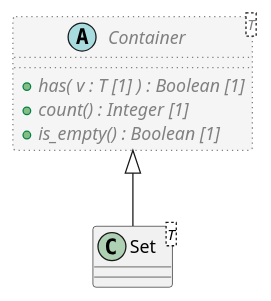
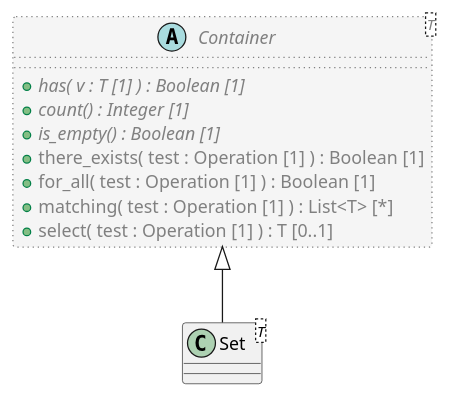
The diagram in code/Adoc/openehr_base_1.3.0/plantUML/classes/org.openehr.base.foundation_types.set.adoc (sebastian-iancu/code-generator), drawn with PlantUML before and after one commit. The commit also changed 719 other files, not shown here.

```diff
--- a/code/Adoc/openehr_base_1.3.0/plantUML/classes/org.openehr.base.foundation_types.set.adoc
+++ b/code/Adoc/openehr_base_1.3.0/plantUML/classes/org.openehr.base.foundation_types.set.adoc
@@ -1,18 +1,22 @@
 [plantuml,Set,format=svg,svg-type="inline"]
 -----
 @startuml
 
 class Set <T> {
 }
 
 abstract class Container <T>  #whitesmoke;line:gray;line.dotted;text:gray {
   + {abstract} has( v : T [1] ) : Boolean [1]
   + {abstract} count() : Integer [1]
   + {abstract} is_empty() : Boolean [1]
+  + there_exists( test : Operation [1] ) : Boolean [1]
+  + for_all( test : Operation [1] ) : Boolean [1]
+  + matching( test : Operation [1] ) : List<T> [*]
+  + select( test : Operation [1] ) : T [0..1]
 }
 
 Container <|-- Set
 
 
 @enduml
 -----
```
